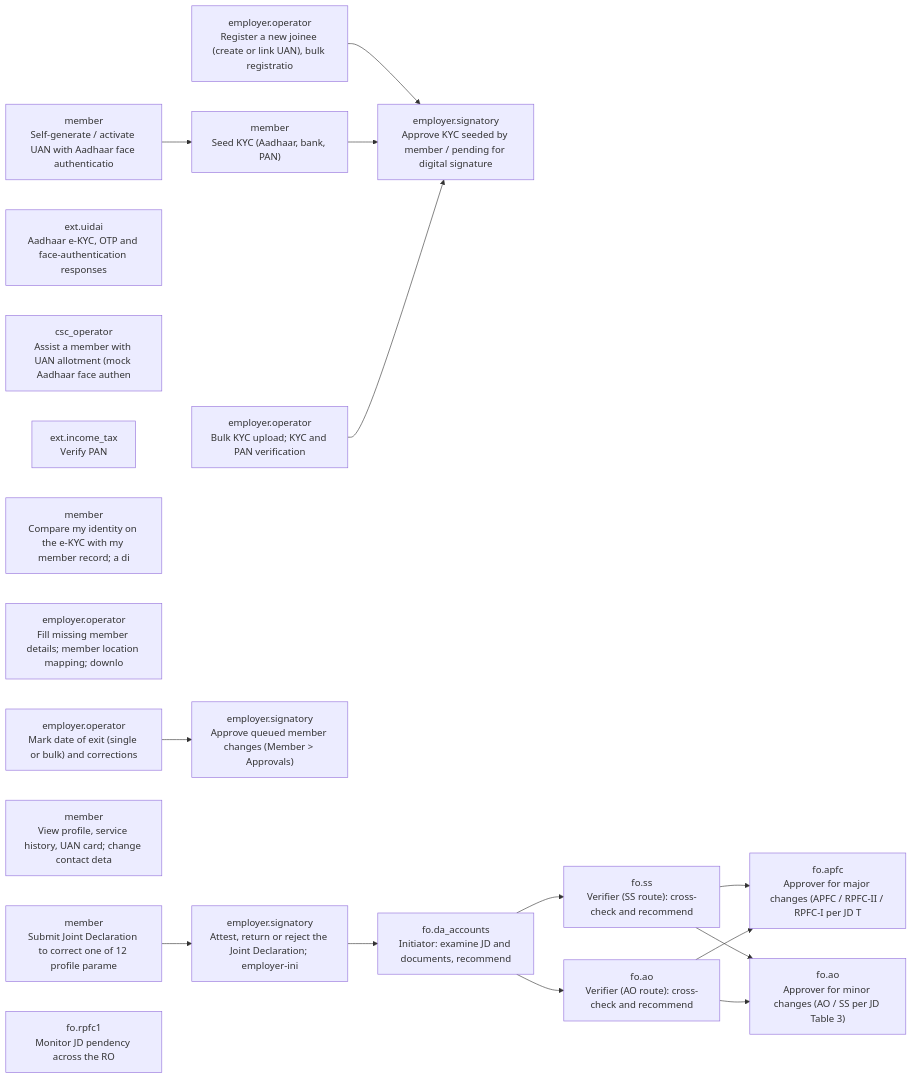
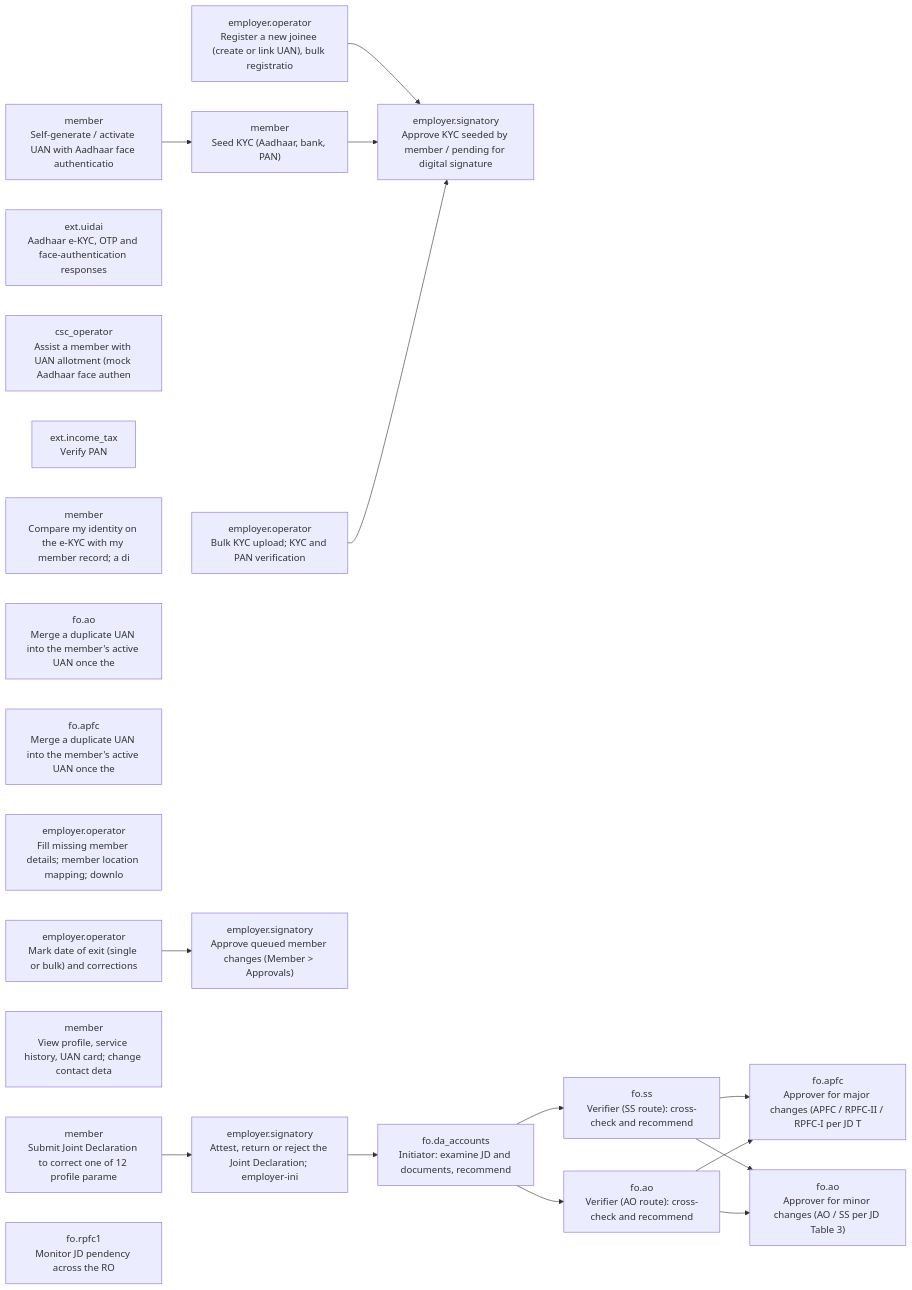
Before and after one commit to gauravmeena0708/pf-life: the second of 14 diagrams in docs/stakeholder-api-sets.md, drawn with Mermaid. The commit also changed other lines of this file and 12 other files, not shown here.

````diff
--- a/docs/stakeholder-api-sets.md
+++ b/docs/stakeholder-api-sets.md
@@ -1715,37 +1719,39 @@
 ```mermaid
 flowchart LR
   F02_register["employer.operator<br/>Register a new joinee (create or link UAN), bulk registratio"]
   F02_uan_self["member<br/>Self-generate / activate UAN with Aadhaar face authenticatio"]
   F02_uidai["ext.uidai<br/>Aadhaar e-KYC, OTP and face-authentication responses"]
   F02_csc_assist["csc_operator<br/>Assist a member with UAN allotment (mock Aadhaar face authen"]
   F02_kyc_seed["member<br/>Seed KYC (Aadhaar, bank, PAN)"]
   F02_kyc_approve["employer.signatory<br/>Approve KYC seeded by member / pending for digital signature"]
   F02_pan_verify["ext.income_tax<br/>Verify PAN"]
   F02_kyc_bulk["employer.operator<br/>Bulk KYC upload; KYC and PAN verification"]
   F02_identity_check["member<br/>Compare my identity on the e-KYC with my member record; a di"]
+  F02_uan_merge_ao["fo.ao<br/>Merge a duplicate UAN into the member's active UAN once the "]
+  F02_uan_merge_apfc["fo.apfc<br/>Merge a duplicate UAN into the member's active UAN once the "]
   F02_missing_details["employer.operator<br/>Fill missing member details; member location mapping; downlo"]
   F02_exit["employer.operator<br/>Mark date of exit (single or bulk) and corrections"]
   F02_employer_approvals["employer.signatory<br/>Approve queued member changes (Member > Approvals)"]
   F02_self_service["member<br/>View profile, service history, UAN card; change contact deta"]
   F02_jd_submit["member<br/>Submit Joint Declaration to correct one of 12 profile parame"]
   F02_jd_attest["employer.signatory<br/>Attest, return or reject the Joint Declaration; employer-ini"]
   F02_jd_initiate["fo.da_accounts<br/>Initiator: examine JD and documents, recommend"]
   F02_jd_verify["fo.ss<br/>Verifier (SS route): cross-check and recommend"]
   F02_jd_verify_ao["fo.ao<br/>Verifier (AO route): cross-check and recommend"]
   F02_jd_approve["fo.apfc<br/>Approver for major changes (APFC / RPFC-II / RPFC-I per JD T"]
   F02_jd_approve_minor["fo.ao<br/>Approver for minor changes (AO / SS per JD Table 3)"]
   F02_jd_monitor["fo.rpfc1<br/>Monitor JD pendency across the RO"]
   F02_register --> F02_kyc_approve
   F02_uan_self --> F02_kyc_seed
   F02_kyc_seed --> F02_kyc_approve
   F02_kyc_bulk --> F02_kyc_approve
   F02_exit --> F02_employer_approvals
   F02_jd_submit --> F02_jd_attest
   F02_jd_attest --> F02_jd_initiate
   F02_jd_initiate --> F02_jd_verify
   F02_jd_initiate --> F02_jd_verify_ao
   F02_jd_verify --> F02_jd_approve
   F02_jd_verify --> F02_jd_approve_minor
   F02_jd_verify_ao --> F02_jd_approve
   F02_jd_verify_ao --> F02_jd_approve_minor
 ```
````
